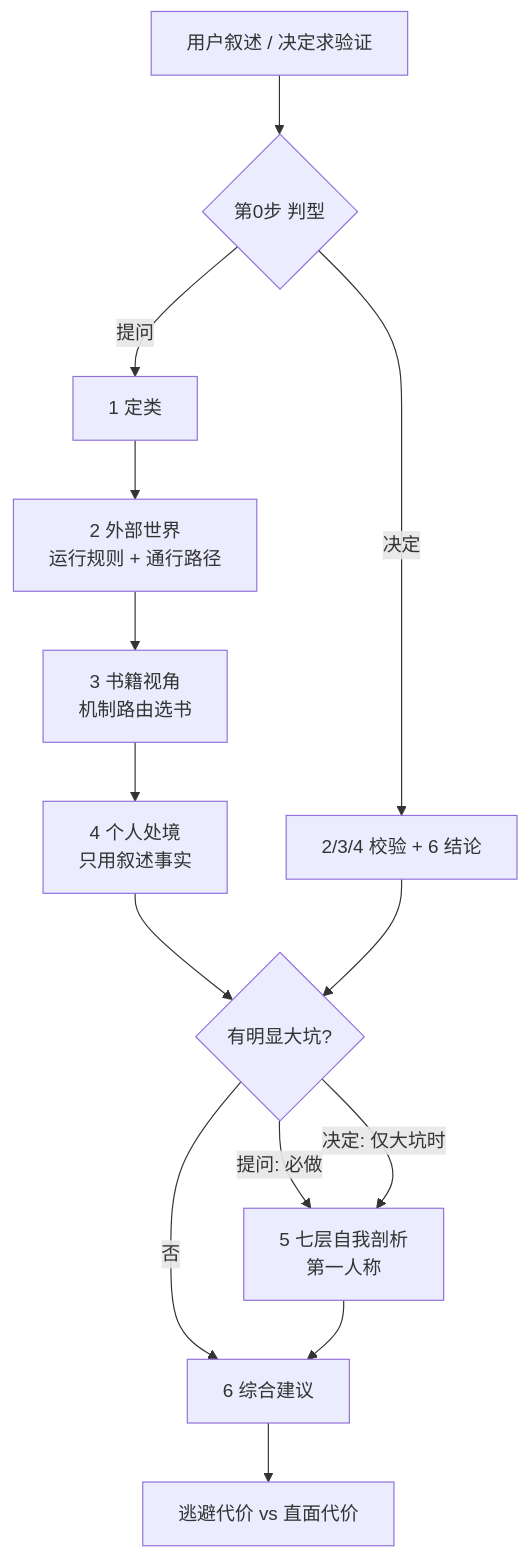
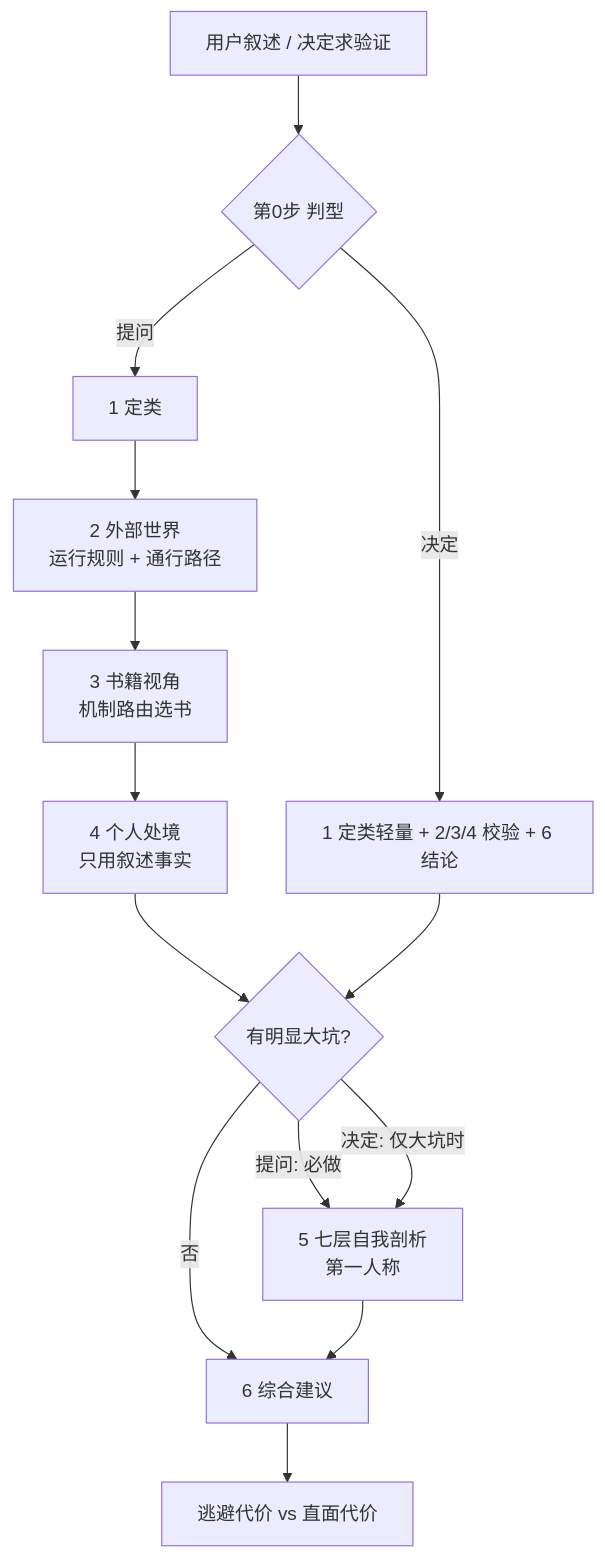
One commit to Turnmuse/life-choice-guide changed the diagram in README.md. Above: the diagram before and after it, drawn with Mermaid. The commit also changed 5 other files, not shown here.

````diff
--- a/README.md
+++ b/README.md
@@ -6,16 +6,16 @@
 ```mermaid
 flowchart TD
     A[用户叙述 / 决定求验证] --> B{第0步 判型}
     B -->|提问| C[1 定类]
-    B -->|决定| D[2/3/4 校验 + 6 结论]
+    B -->|决定| D[1 定类轻量 + 2/3/4 校验 + 6 结论]
     C --> E[2 外部世界<br/>运行规则 + 通行路径]
     E --> F[3 书籍视角<br/>机制路由选书]
     F --> G[4 个人处境<br/>只用叙述事实]
     G --> H{有明显大坑?}
     D --> H
     H -->|提问: 必做| I[5 七层自我剖析<br/>第一人称]
     H -->|决定: 仅大坑时| I
     H -->|否| J[6 综合建议]
     I --> J
     J --> K[逃避代价 vs 直面代价]
 ```
````
